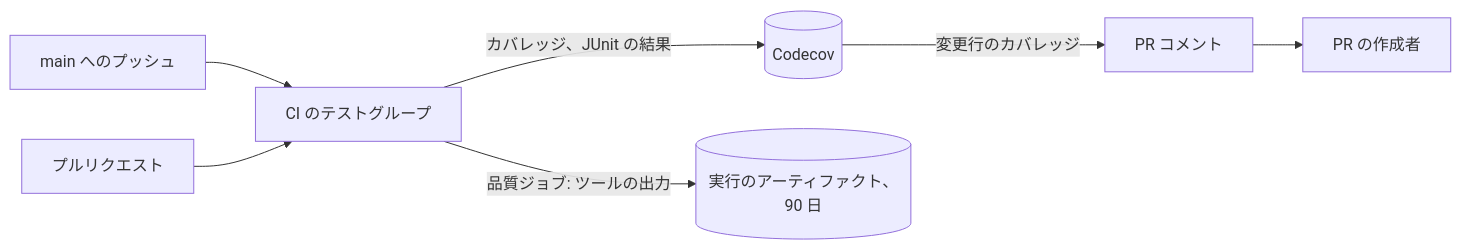
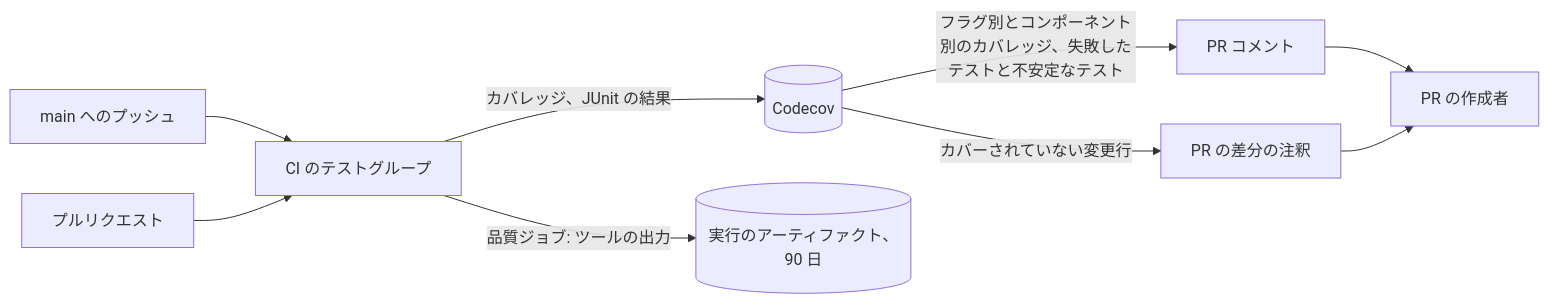
The diagram in translations/ja/docs/design-docs/test-quality-monitoring.md (syudead/vv), drawn with Mermaid before and after one commit. The commit also changed other lines of this file and 5 other files, not shown here.

````diff
--- a/translations/ja/docs/design-docs/test-quality-monitoring.md
+++ b/translations/ja/docs/design-docs/test-quality-monitoring.md
@@ -12,9 +12,11 @@
 ```mermaid
 flowchart LR
   push[main へのプッシュ] --> ci[CI のテストグループ]
   pr[プルリクエスト] --> ci
   ci -->|カバレッジ、JUnit の結果| codecov[(Codecov)]
   ci -->|品質ジョブ: ツールの出力| art[(実行のアーティファクト、90 日)]
-  codecov -->|変更行のカバレッジ| prc[PR コメント]
+  codecov -->|フラグ別とコンポーネント別のカバレッジ、失敗したテストと不安定なテスト| prc[PR コメント]
+  codecov -->|カバーされていない変更行| ann[PR の差分の注釈]
   prc --> author[PR の作成者]
+  ann --> author
 ```
````
